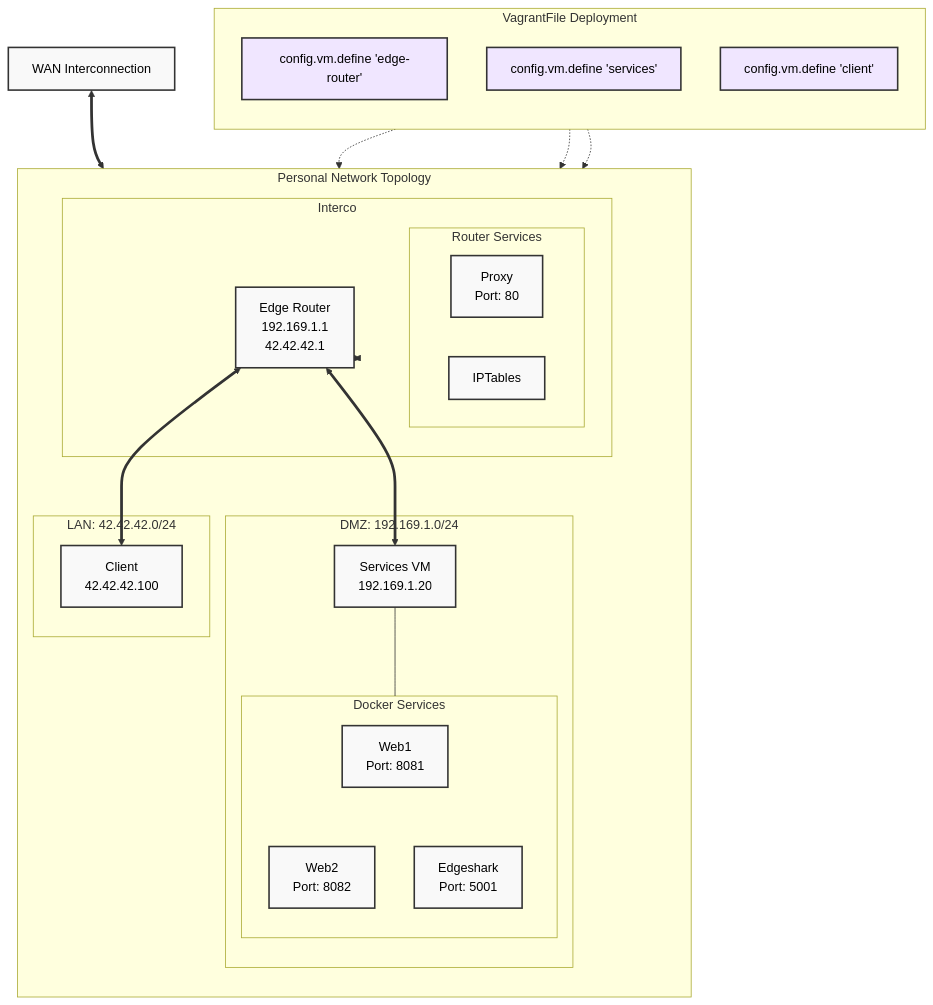
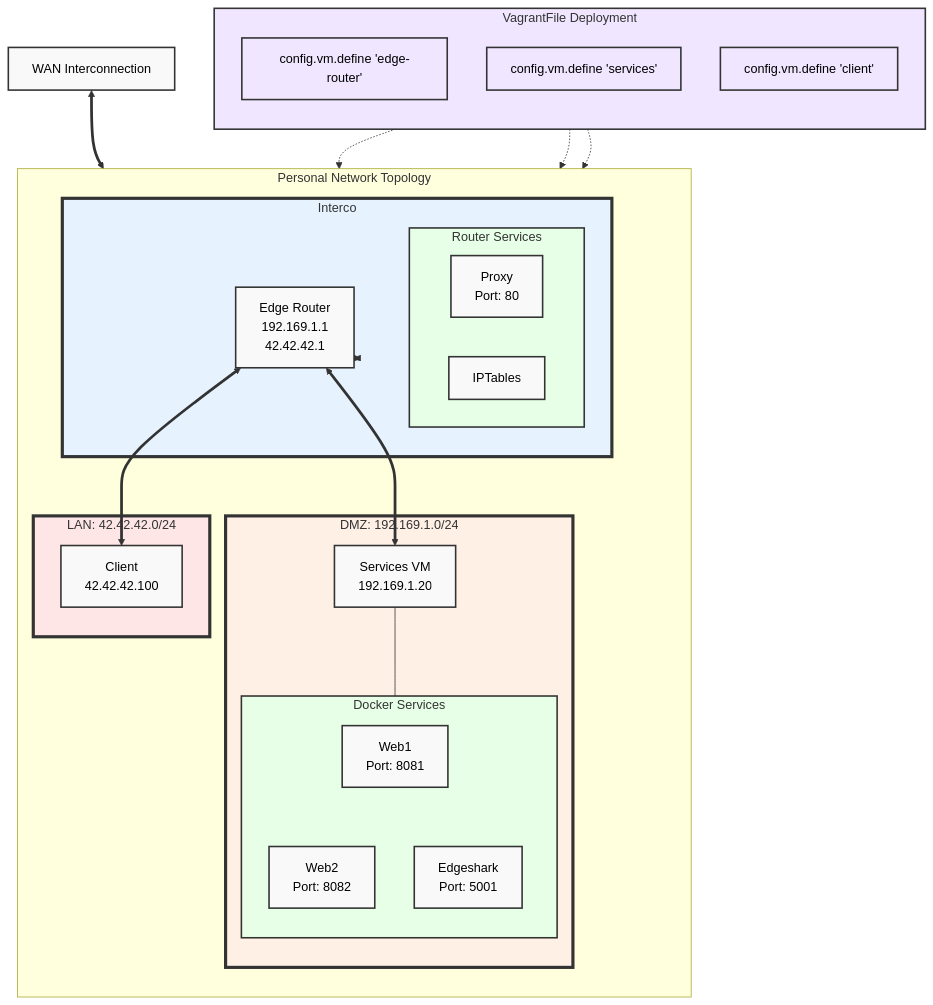
One commit to P4C-M4N/projet_reseau changed the diagram in README.md. Above: the diagram before and after it, drawn with Mermaid.

````diff
--- a/README.md
+++ b/README.md
@@ -41,49 +41,55 @@
 ```mermaid
 graph TB
     subgraph VagrantFile[VagrantFile Deployment]
         direction TB
+        style VagrantFile fill:#f0e6ff,stroke:#333,stroke-width:2px
         VF1["config.vm.define 'edge-router'"]
         VF2["config.vm.define 'services'"]
         VF3["config.vm.define 'client'"]
     end
 
     subgraph PersonalNetwork[Personal Network Topology]
         direction TB
         subgraph Interco[Interco]
+            style Interco fill:#e6f3ff,stroke:#333,stroke-width:4px
             EdgeRouter[Edge Router<br>192.169.1.1<br>42.42.42.1]
             subgraph RouterServices[Router Services]
+                style RouterServices fill:#e6ffe6,stroke:#333,stroke-width:2px
                 NginxReverseProxy["Proxy<br>Port: 80"]
                 IPTables["IPTables"]
             end
         end
 
         subgraph DMZ[DMZ: 192.169.1.0/24]
+            style DMZ fill:#fff0e6,stroke:#333,stroke-width:4px
             Services[Services VM<br>192.169.1.20]
             subgraph DockerServices[Docker Services]
+                style DockerServices fill:#e6ffe6,stroke:#333,stroke-width:2px
                 Web1["Web1<br>Port: 8081"]
                 Web2["Web2<br>Port: 8082"]
                 Edgeshark["Edgeshark<br>Port: 5001"]
             end
         end
 
         subgraph LAN[LAN: 42.42.42.0/24]
+            style LAN fill:#ffe6e6,stroke:#333,stroke-width:4px
             Client[Client<br>42.42.42.100]
         end
     end
 
     WAN[WAN Interconnection]
 
     Interco <==> EdgeRouter
     EdgeRouter <==> Client
     EdgeRouter <==> Services
     Services --- DockerServices
     DockerServices --- Web1 & Web2 & Edgeshark
     VF1 -.-> EdgeRouter
     VF2 -.-> Services
     VF3 -.-> Client
     WAN <==> EdgeRouter
 
     classDef default fill:#f9f9f9,stroke:#333,stroke-width:2px,color:black;
     classDef vagrantFile fill:#f0e6ff,stroke:#333,stroke-width:2px,color:black;
     class VF1,VF2,VF3 vagrantFile;
 ```
````
